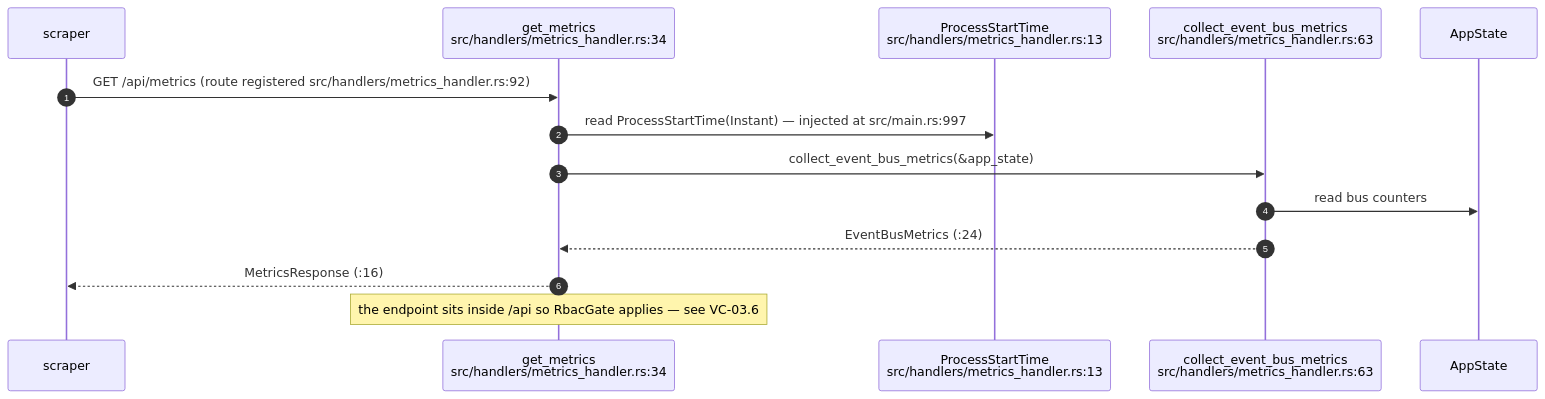
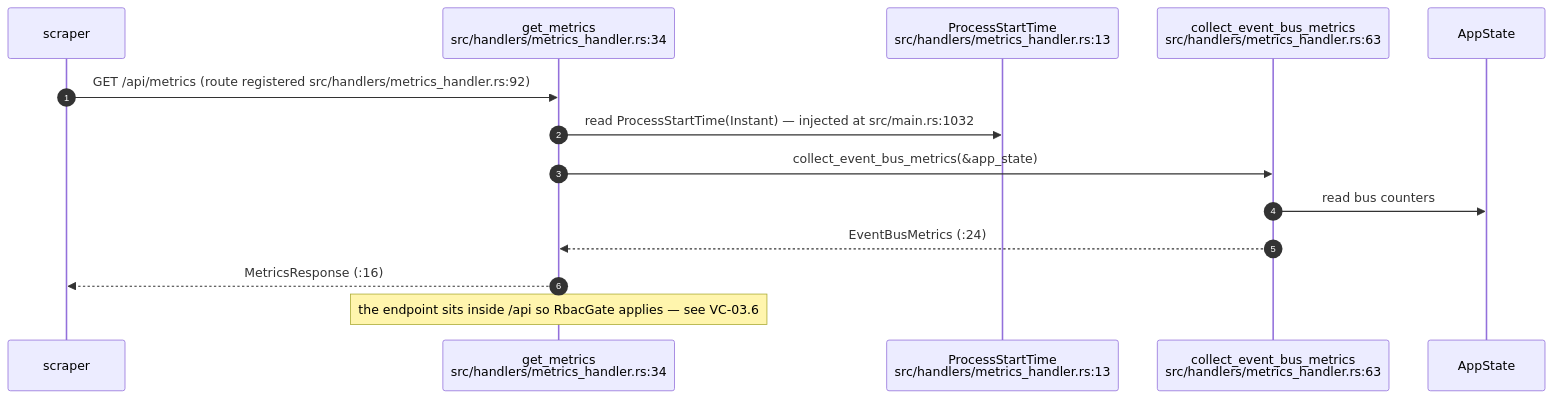
The sixth of 12 diagrams in docs/diagrams/visionclaw/08-observability-health-and-dev-loop.md (DreamLab-AI/VisionFlow), drawn with Mermaid before and after one commit. The commit also changed other lines of this file and 32 other files, not shown here.

````diff
--- a/docs/diagrams/visionclaw/08-observability-health-and-dev-loop.md
+++ b/docs/diagrams/visionclaw/08-observability-health-and-dev-loop.md
@@ -187,17 +188,17 @@
 ```mermaid
 sequenceDiagram
     autonumber
     participant CL as scraper
     participant MH as get_metrics<br/>src/handlers/metrics_handler.rs:34
     participant PS as ProcessStartTime<br/>src/handlers/metrics_handler.rs:13
     participant EB as collect_event_bus_metrics<br/>src/handlers/metrics_handler.rs:63
     participant AS as AppState
 
     CL->>MH: GET /api/metrics (route registered src/handlers/metrics_handler.rs:92)
-    MH->>PS: read ProcessStartTime(Instant) — injected at src/main.rs:997
+    MH->>PS: read ProcessStartTime(Instant) — injected at src/main.rs:1032
     MH->>EB: collect_event_bus_metrics(&app_state)
     EB->>AS: read bus counters
     EB-->>MH: EventBusMetrics (:24)
     MH-->>CL: MetricsResponse (:16)
     Note over MH: the endpoint sits inside /api so RbacGate applies — see VC-03.6
 ```
````
